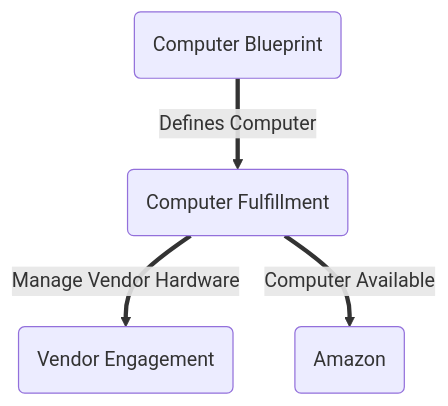
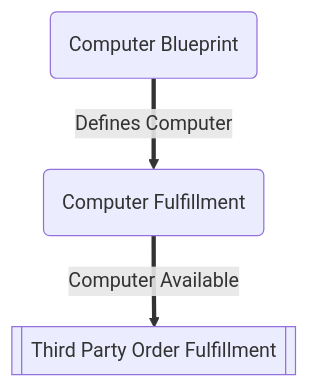
The first of 3 diagrams in docs/Maps.md (carl-burks-magenic/DDD-CarlB), drawn with Mermaid before and after one commit. The commit also changed other lines of this file and 2 other files, not shown here.

````diff
--- a/docs/Maps.md
+++ b/docs/Maps.md
@@ -5,6 +8,5 @@
 ``` mermaid
 graph TD;
     CB(Computer Blueprint)==Defines Computer==>CF(Computer Fulfillment)
-    CF==Manage Vendor Hardware==>VE(Vendor Engagement)
-    CF==Computer Available==>A(Amazon)
+    CF==Computer Available==>T[[Third Party Order Fulfillment]]
 ```
````
